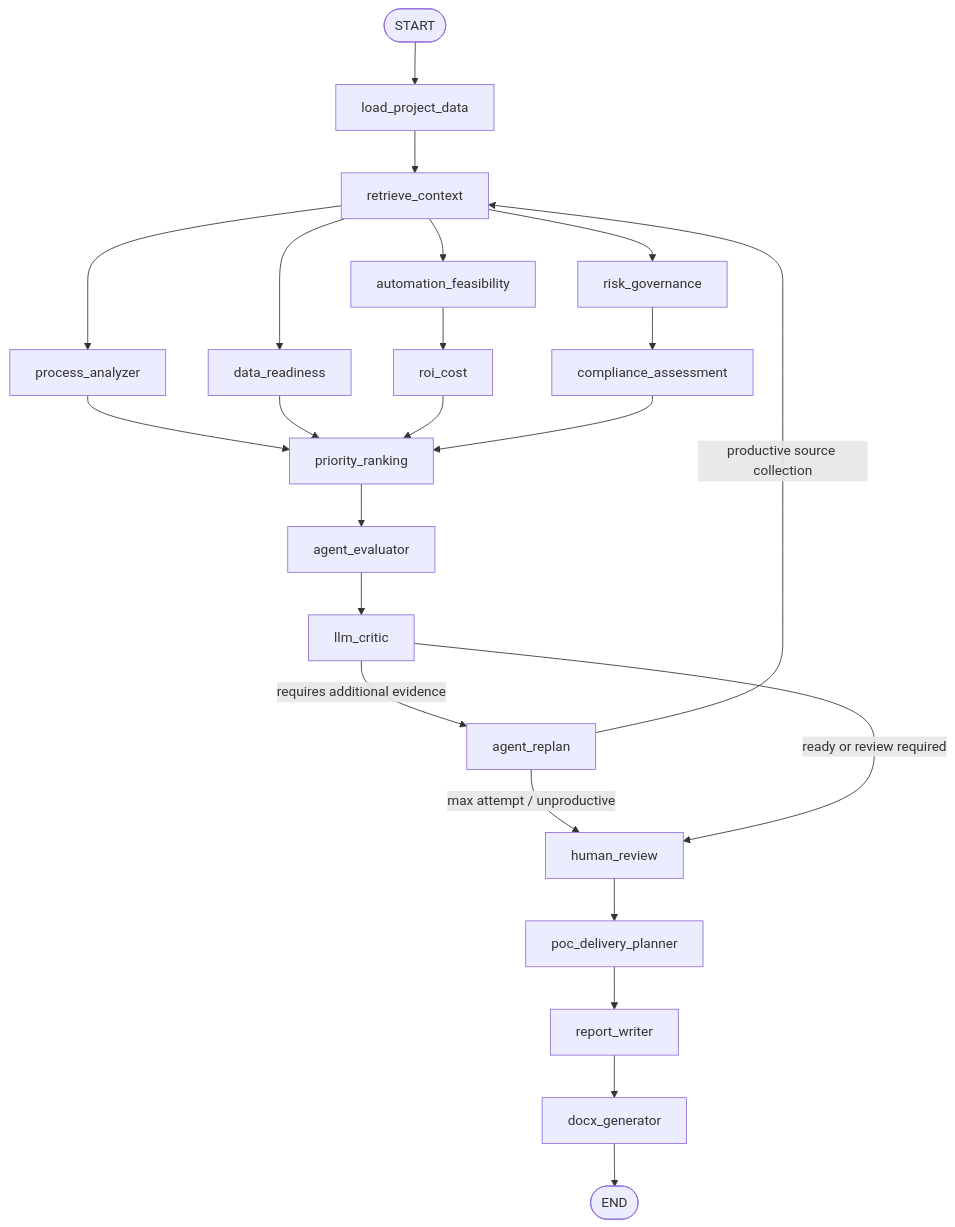
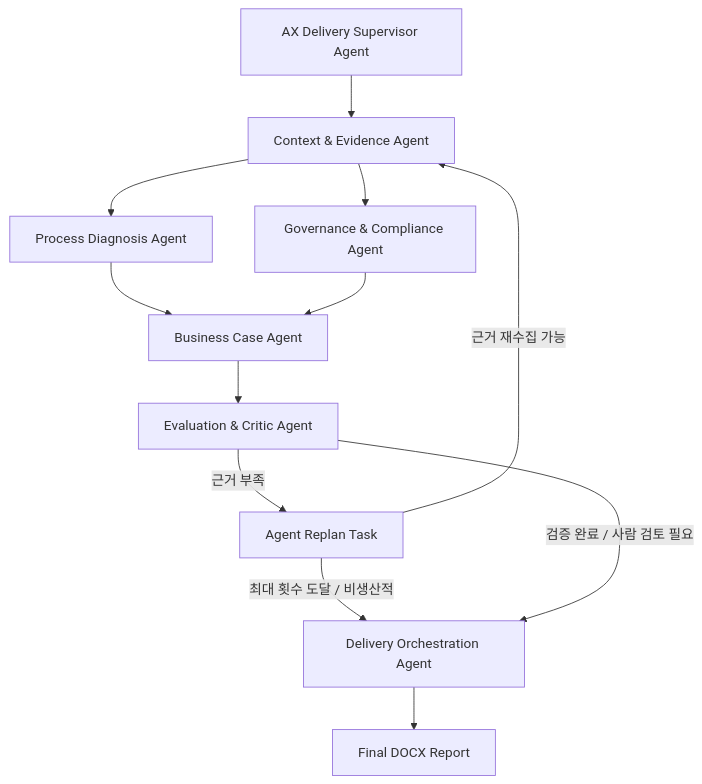
The first of 2 diagrams in README.md (ohjaesik/AI_Agent), drawn with Mermaid before and after one commit. The commit also changed other lines of this file, not shown here.

Commit message:
docs: frame project around assignment and supervisor agent flow

````diff
--- a/README.md
+++ b/README.md
@@ -158,31 +134,19 @@
 ```mermaid
 flowchart TD
-    START([START]) --> Load[load_project_data]
-    Load --> Retrieve[retrieve_context]
+    S[AX Delivery Supervisor Agent]
 
-    Retrieve --> Process[process_analyzer]
-    Retrieve --> DataReady[data_readiness]
-    Retrieve --> Auto[automation_feasibility]
-    Retrieve --> Risk[risk_governance]
+    S --> C[Context & Evidence Agent]
+    C --> P[Process Diagnosis Agent]
+    C --> G[Governance & Compliance Agent]
 
-    Auto --> ROI[roi_cost]
-    Risk --> Compliance[compliance_assessment]
+    P --> B[Business Case Agent]
+    G --> B
 
-    Process --> Rank[priority_ranking]
-    DataReady --> Rank
-    ROI --> Rank
-    Compliance --> Rank
+    B --> E[Evaluation & Critic Agent]
+    E -->|근거 부족| R[Agent Replan Task]
+    R -->|근거 재수집 가능| C
+    R -->|최대 횟수 도달 / 비생산적| D[Delivery Orchestration Agent]
 
-    Rank --> Eval[agent_evaluator]
-    Eval --> Critic[llm_critic]
-
-    Critic -->|requires additional evidence| Replan[agent_replan]
-    Replan -->|productive source collection| Retrieve
-    Replan -->|max attempt / unproductive| Human[human_review]
-
-    Critic -->|ready or review required| Human
-    Human --> PoC[poc_delivery_planner]
-    PoC --> Writer[report_writer]
-    Writer --> Docx[docx_generator]
-    Docx --> END([END])
+    E -->|검증 완료 / 사람 검토 필요| D
+    D --> O[Final DOCX Report]
 ```
````
